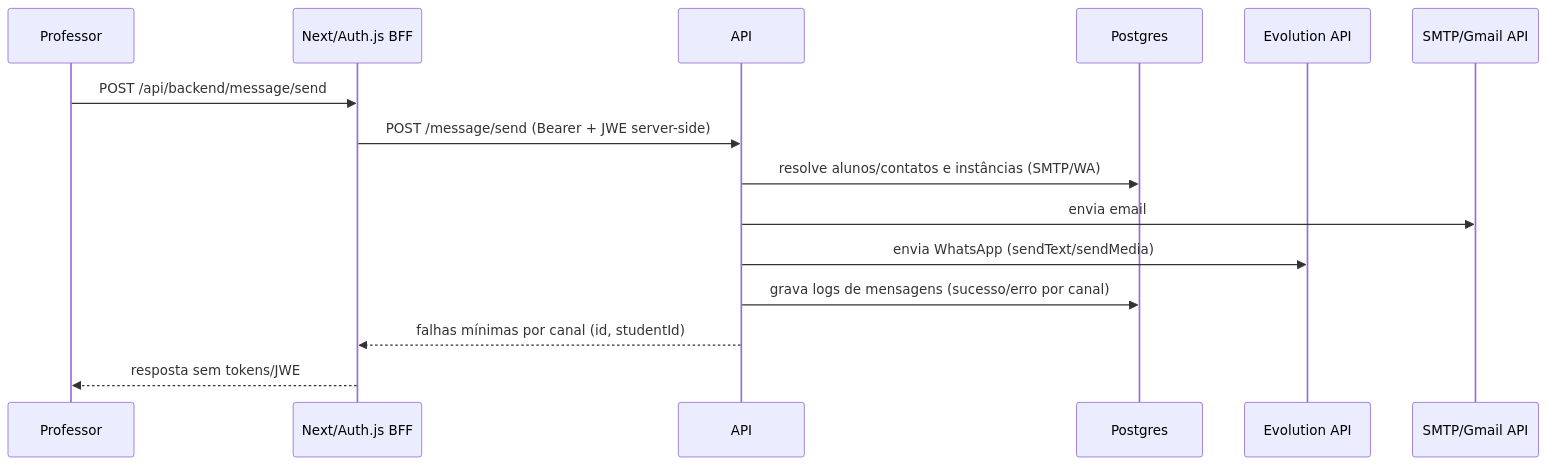
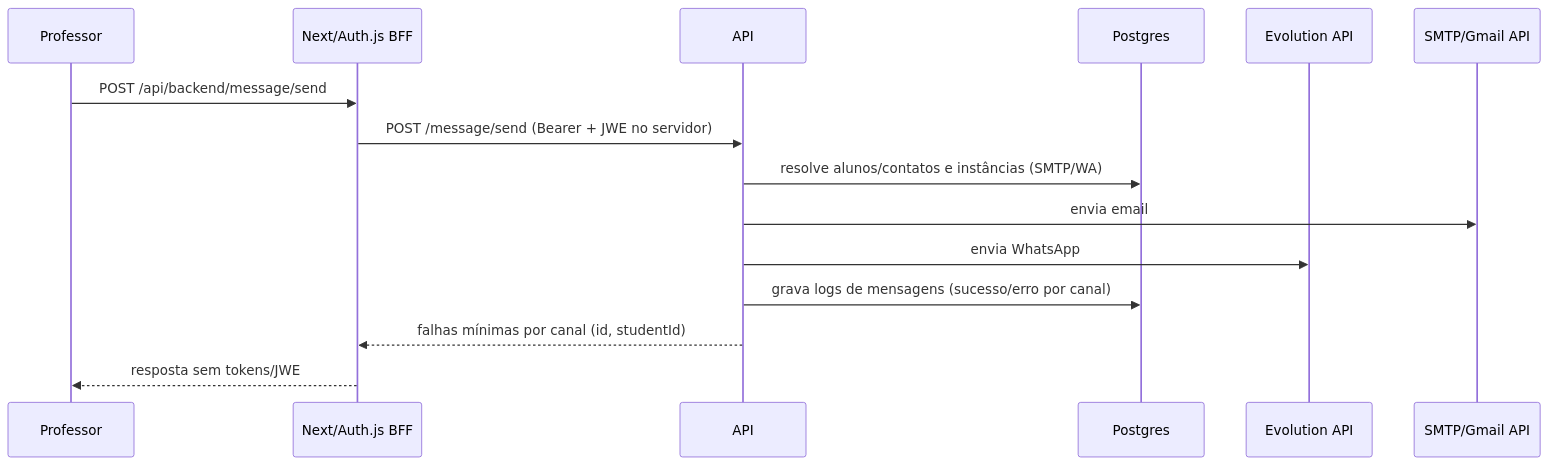
Before and after one commit to ThalysSilva/unicast-backend: the third of 8 diagrams in README.md, drawn with Mermaid. The commit also changed other lines of this file, not shown here.

Commit message:
feat: tornando diagramas mais conceituais

````diff
--- a/README.md
+++ b/README.md
@@ -248,18 +248,18 @@
 ```mermaid
 sequenceDiagram
     participant Professor
     participant BFF as Next/Auth.js BFF
     participant API
     participant DB as Postgres
     participant Evo as Evolution API
     participant Mail as SMTP/Gmail API
 
     Professor->>BFF: POST /api/backend/message/send
-    BFF->>API: POST /message/send (Bearer + JWE server-side)
+    BFF->>API: POST /message/send (Bearer + JWE no servidor)
     API->>DB: resolve alunos/contatos e instâncias (SMTP/WA)
     API->>Mail: envia email
-    API->>Evo: envia WhatsApp (sendText/sendMedia)
+    API->>Evo: envia WhatsApp
     API->>DB: grava logs de mensagens (sucesso/erro por canal)
     API-->>BFF: falhas mínimas por canal (id, studentId)
     BFF-->>Professor: resposta sem tokens/JWE
 ```
````
